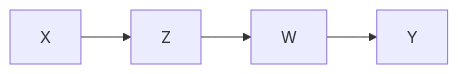
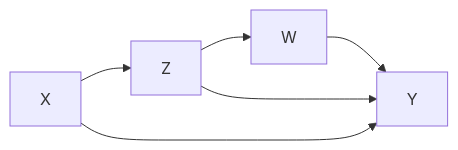
The second of 2 diagrams in _posts/2023-02-11-DirectLiNGAM02.md (Junhyoung-Chung/Junhyoung-Chung.github.io), drawn with Mermaid before and after one commit.

````diff
--- a/_posts/2023-02-11-DirectLiNGAM02.md
+++ b/_posts/2023-02-11-DirectLiNGAM02.md
@@ -157,6 +157,8 @@
 ```mermaid
 graph LR;
 X --> Z;
 Z --> W
 W --> Y;
+X --> Y;
+Z --> Y;
 ```
````
